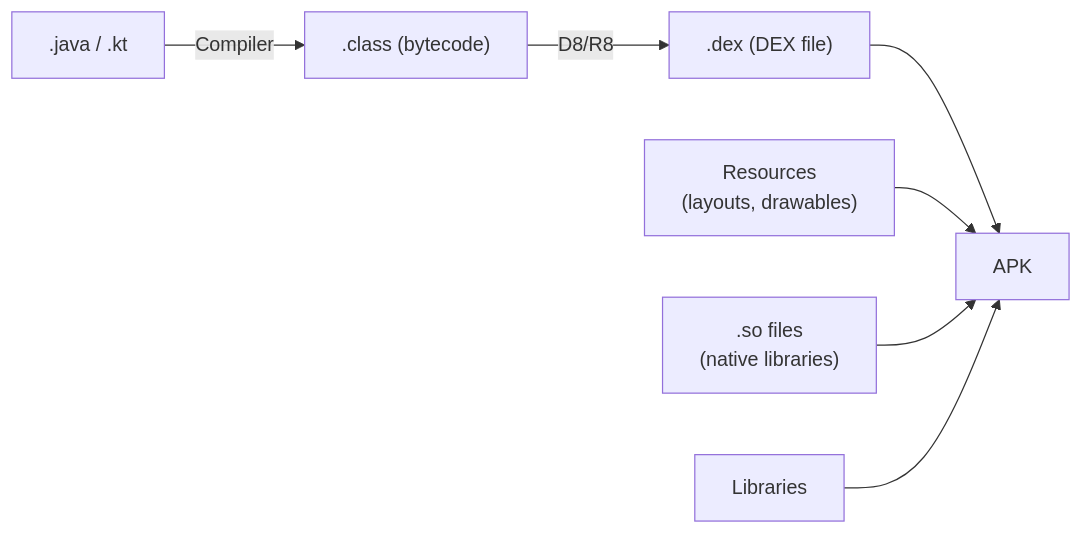
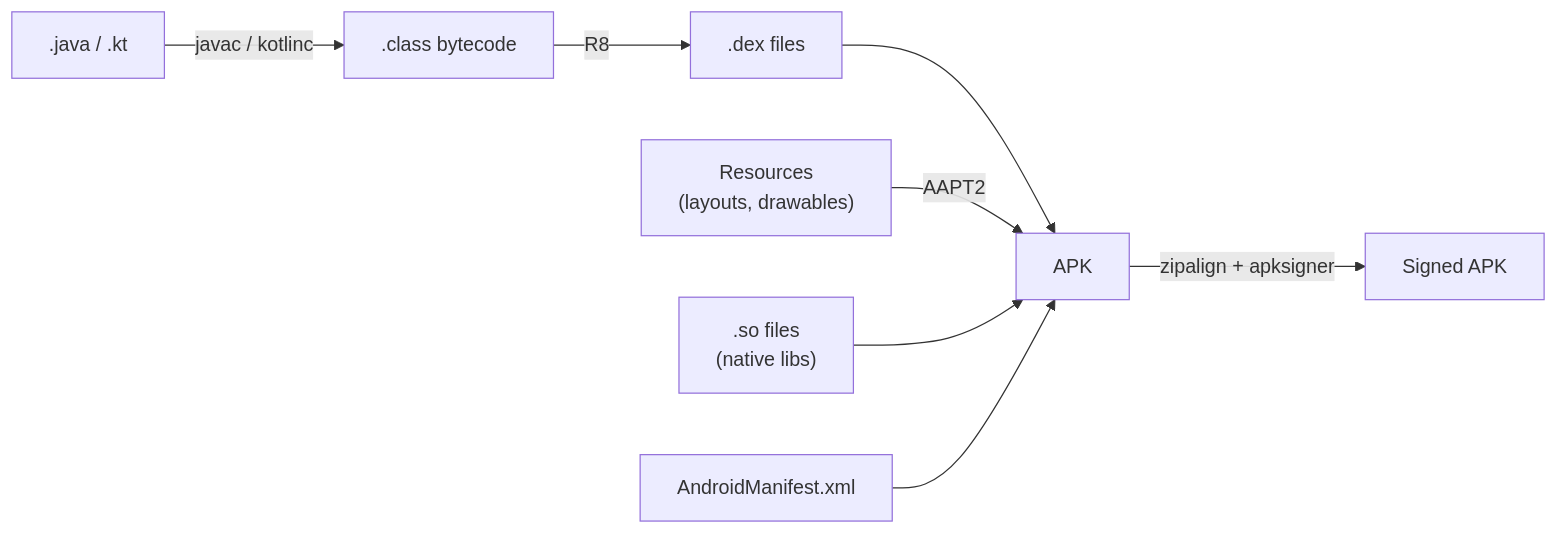
Before and after one commit to skymansandy/sandybox: the fourth of 5 diagrams in docs/mobile/android/core-platform/architecture.md, drawn with Mermaid. The commit also changed other lines of this file and 21 other files, not shown here.

````diff
--- a/docs/mobile/android/core-platform/architecture.md
+++ b/docs/mobile/android/core-platform/architecture.md
@@ -137,9 +175,10 @@
 ```mermaid
 flowchart LR
-    A[".java / .kt"] -->|Compiler| B[".class (bytecode)"]
-    B -->|D8/R8| C[".dex (DEX file)"]
-    C --> D[APK]
-    E["Resources\n(layouts, drawables)"] --> D
-    F[".so files\n(native libraries)"] --> D
-    G["Libraries"] --> D
+    A[".java / .kt"] -->|"javac / kotlinc"| B[".class bytecode"]
+    B -->|"R8"| C[".dex files"]
+    C --> D["APK"]
+    E["Resources\n(layouts, drawables)"] -->|"AAPT2"| D
+    F[".so files\n(native libs)"] --> D
+    G["AndroidManifest.xml"] --> D
+    D -->|"zipalign + apksigner"| H["Signed APK"]
 ```
````
